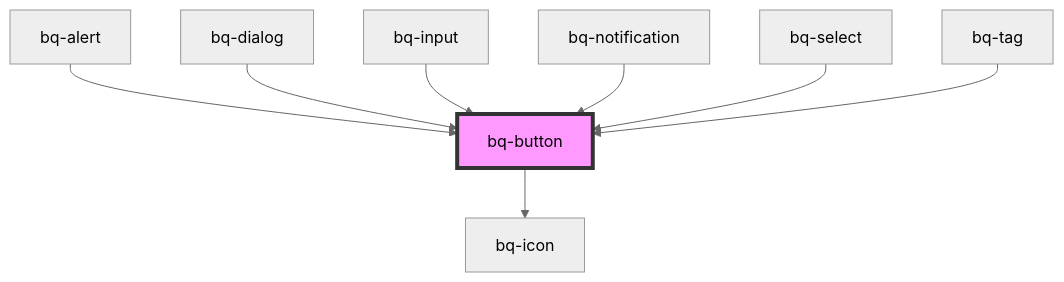
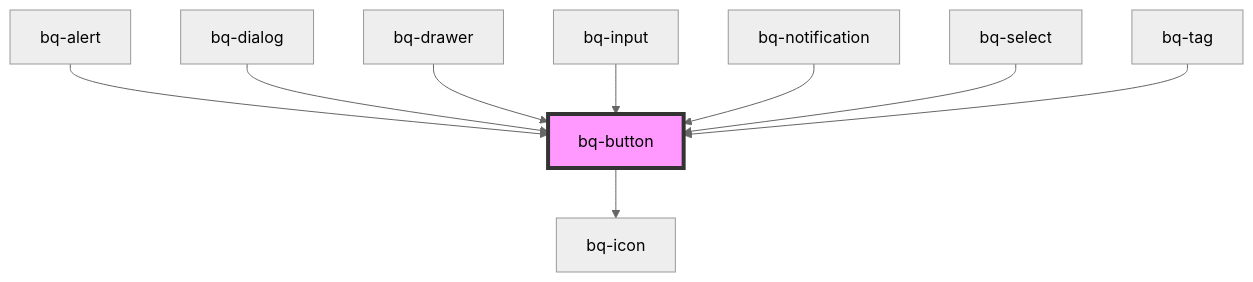
The diagram in packages/beeq/src/components/button/readme.md (Endava/BEEQ), drawn with Mermaid (neutral theme) before and after one commit. The commit also changed other lines of this file and 8 other files, not shown here.

````diff
--- a/packages/beeq/src/components/button/readme.md
+++ b/packages/beeq/src/components/button/readme.md
@@ -65,11 +66,12 @@
 ```mermaid
 graph TD;
   bq-button --> bq-icon
   bq-alert --> bq-button
   bq-dialog --> bq-button
+  bq-drawer --> bq-button
   bq-input --> bq-button
   bq-notification --> bq-button
   bq-select --> bq-button
   bq-tag --> bq-button
   style bq-button fill:#f9f,stroke:#333,stroke-width:4px
 ```
````
